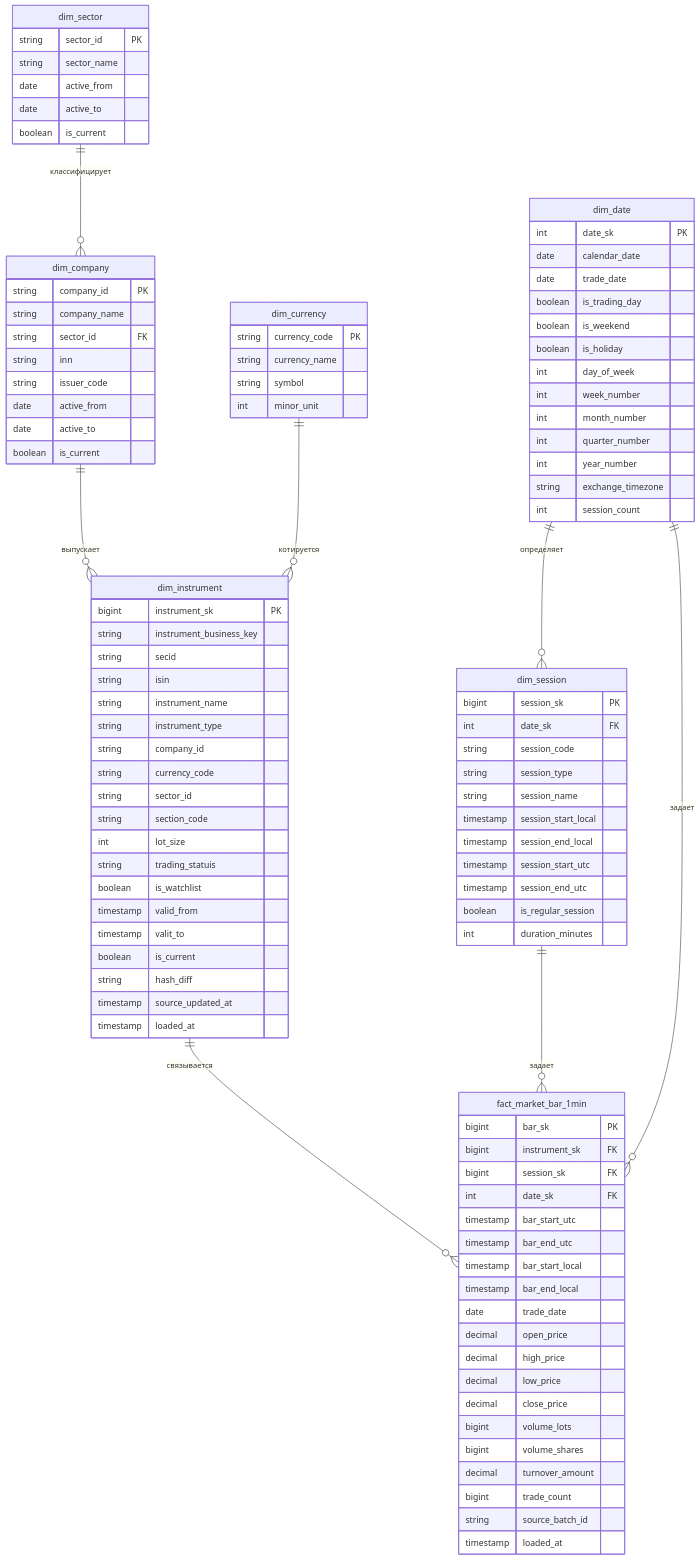
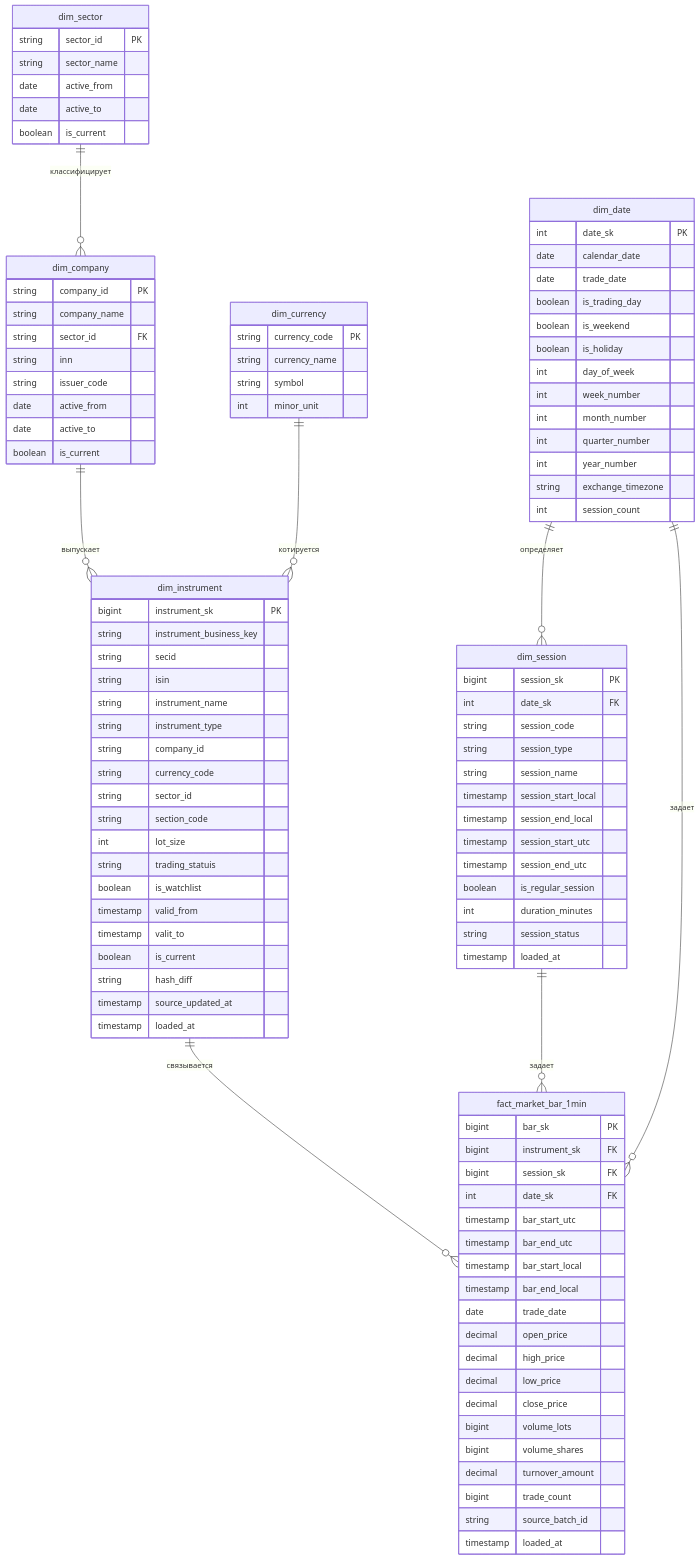
Before and after one commit to nick8998/methodDWH: the second of 9 diagrams in README.md, drawn with Mermaid. The commit also changed other lines of this file, not shown here.

````diff
--- a/README.md
+++ b/README.md
@@ -169,7 +183,7 @@
 	dim_date ||--o{ dim_session : определяет
 	dim_session ||--o{ fact_market_bar_1min : задает
 	dim_date ||--o{ fact_market_bar_1min : задает
-	
+
 	fact_market_bar_1min {
 		bigint bar_sk PK
 		bigint instrument_sk FK
@@ -191,7 +205,7 @@
 		string source_batch_id
 		timestamp loaded_at
 	}
-	
+
 	dim_sector {
 		string sector_id PK
 		string sector_name
@@ -199,7 +213,7 @@
 		date active_to
 		boolean is_current
 	}
-	
+
 	dim_company {
 		string company_id PK
 		string company_name
@@ -210,14 +224,14 @@
 		date active_to
 		boolean is_current
 	}
-	
+
 	dim_currency {
 		string currency_code PK
 		string currency_name
 		string symbol
 		int minor_unit
 	}
-	
+
 	dim_instrument {
 		bigint instrument_sk PK
 		string instrument_business_key
@@ -239,7 +253,7 @@
 		timestamp source_updated_at
 		timestamp loaded_at
 	}
-	
+
 	dim_date {
 		int date_sk PK
 		date calendar_date
@@ -255,7 +269,7 @@
 		string exchange_timezone
 		int session_count
 	}
-	
+
 	dim_session {
 		bigint session_sk PK
 		int date_sk FK
@@ -268,5 +282,7 @@
 		timestamp session_end_utc
 		boolean is_regular_session
 		int duration_minutes
+        string session_status
+        timestamp loaded_at
 	}
 ```
````
